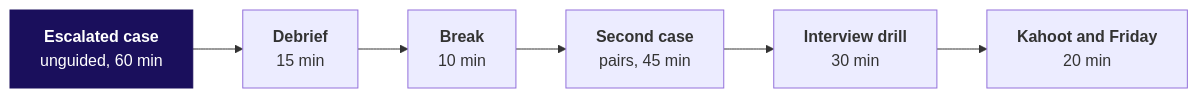
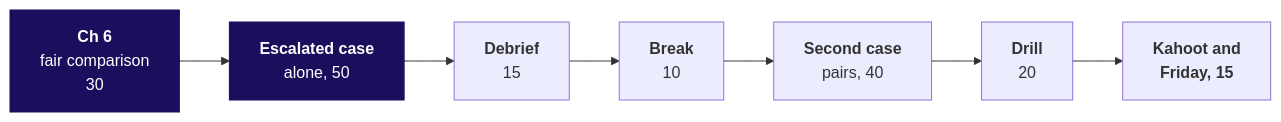
One commit to fde-academy-lab/c2-content-factory changed the second of 2 diagrams in content/W01/D4/trainer/C2_W01_D04_day_sheet_TRAINER.md. Above: the diagram before and after it, drawn with Mermaid. The commit also changed other lines of this file and 13 other files, not shown here.

````diff
--- a/content/W01/D4/trainer/C2_W01_D04_day_sheet_TRAINER.md
+++ b/content/W01/D4/trainer/C2_W01_D04_day_sheet_TRAINER.md
@@ -50,6 +57,6 @@
 ```mermaid
 flowchart LR
-    E["<b>Escalated case</b><br/>unguided, 60 min"] --> D["<b>Debrief</b><br/>15 min"] --> B["<b>Break</b><br/>10 min"] --> S["<b>Second case</b><br/>pairs, 45 min"] --> I["<b>Interview drill</b><br/>30 min"] --> K["<b>Kahoot and Friday</b><br/>20 min"]
+    C6["<b>Ch 6</b><br/>fair comparison<br/>30"] --> E["<b>Escalated case</b><br/>alone, 50"] --> D["<b>Debrief</b><br/>15"] --> B["<b>Break</b><br/>10"] --> S["<b>Second case</b><br/>pairs, 40"] --> I["<b>Drill</b><br/>20"] --> K["<b>Kahoot and<br/>Friday, 15</b>"]
     classDef core fill:#1A0F5C,stroke:#1A0F5C,color:#FFFFFF
-    class E core
+    class C6,E core
 ```
````
